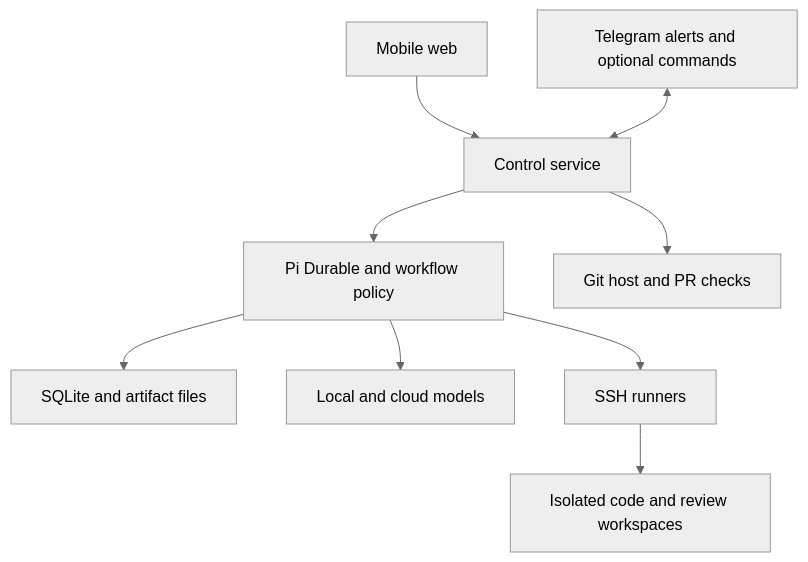
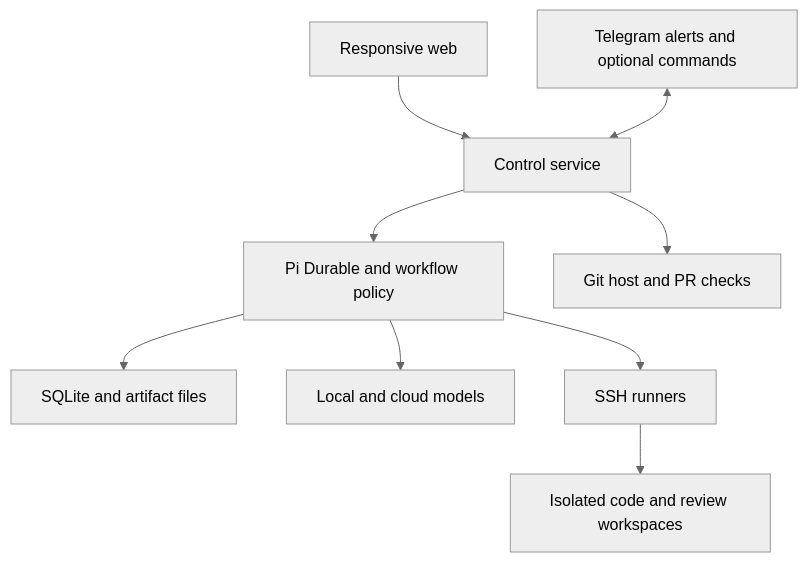
The first of 2 diagrams in docs/build-spec.md (GordonCopestake/Slice), drawn with Mermaid (neutral theme) before and after one commit. The commit also changed other lines of this file, not shown here.

````diff
--- a/docs/build-spec.md
+++ b/docs/build-spec.md
@@ -55,11 +55,11 @@
 ```mermaid
 flowchart TD
-  W["Mobile web"] --> A["Control service"]
+  W["Responsive web"] --> A["Control service"]
   T["Telegram alerts and optional commands"] <--> A
   A --> D["Pi Durable and workflow policy"]
   D --> S["SQLite and artifact files"]
   D --> M["Local and cloud models"]
   D --> R["SSH runners"]
   R --> C["Isolated code and review workspaces"]
   A --> G["Git host and PR checks"]
 ```
````
